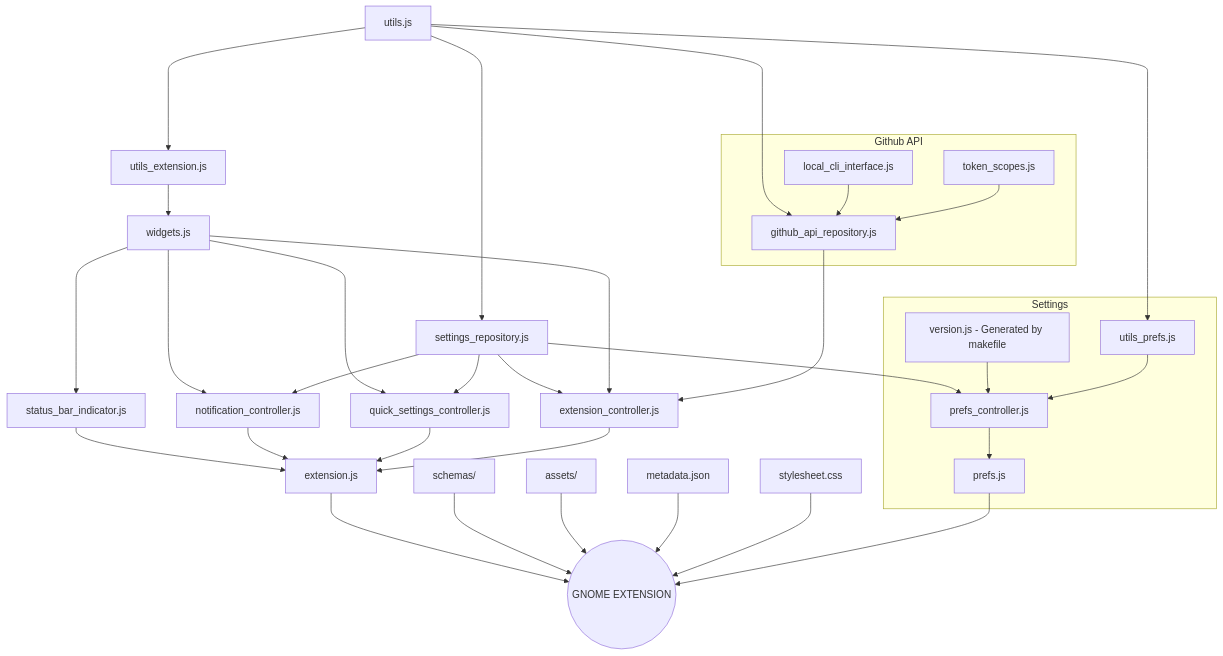
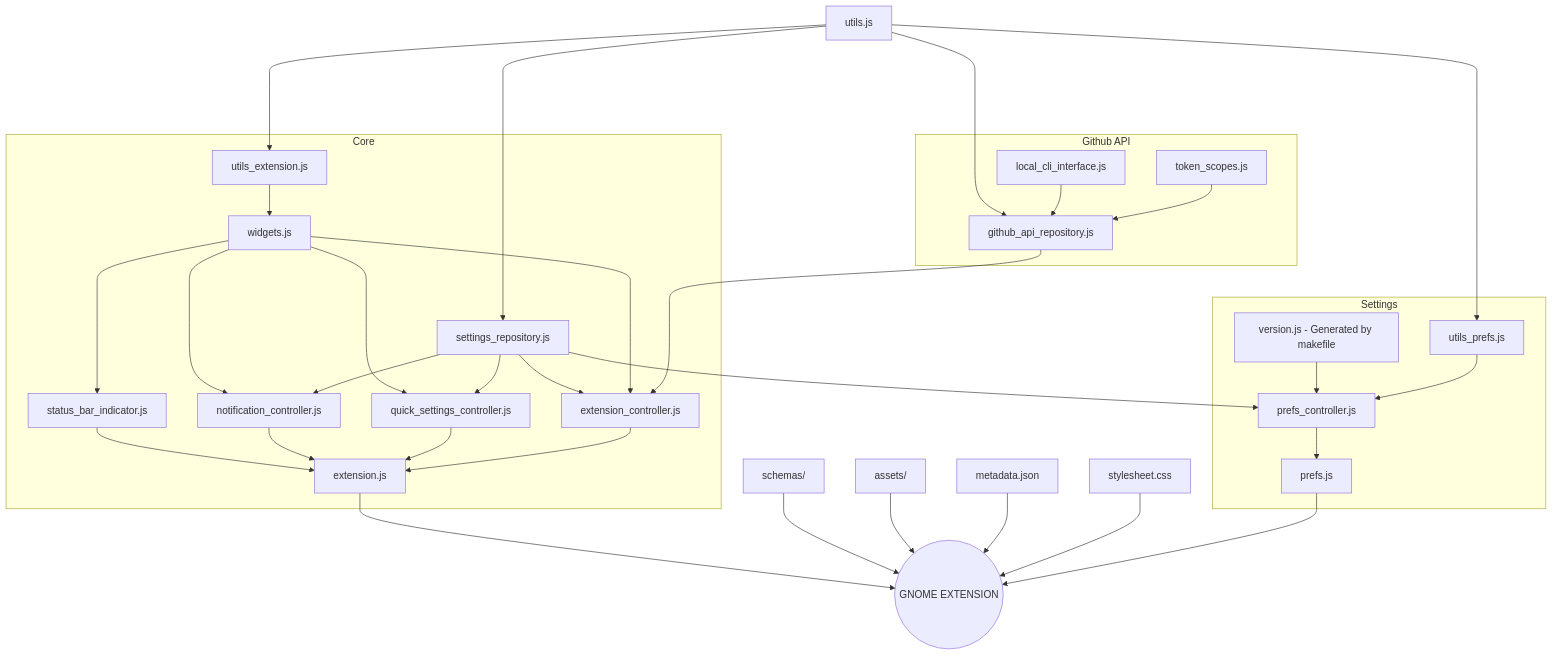
One commit to arononak/github-actions-gnome-extension changed the diagram in README.md. Above: the diagram before and after it, drawn with Mermaid.

````diff
--- a/README.md
+++ b/README.md
@@ -35,46 +35,57 @@
 ```mermaid
 graph TD
     utils.js---->utils_extension.js
     utils.js---->github_api_repository.js
     utils.js---->utils_prefs.js
     utils.js---->settings_repository.js
     utils_extension.js-->widgets.js
     widgets.js--->status_bar_indicator.js
     widgets.js--->quick_settings_controller.js
     widgets.js--->notification_controller.js
     settings_repository.js-->extension_controller.js
     widgets.js-->extension_controller.js
     local_cli_interface.js-->github_api_repository.js
     token_scopes.js-->github_api_repository.js
     github_api_repository.js--->extension_controller.js
     settings_repository.js-->quick_settings_controller.js
     settings_repository.js-->notification_controller.js
     settings_repository.js-->prefs_controller.js
     version.js[version.js - Generated by makefile]-->prefs_controller.js
     utils_prefs.js-->prefs_controller.js
     prefs_controller.js-->prefs.js
     status_bar_indicator.js-->extension.js
     notification_controller.js-->extension.js
     quick_settings_controller.js-->extension.js
     extension_controller.js-->extension.js
     
     extension.js-->EXTENSION((GNOME EXTENSION))
     schemas/-->EXTENSION((GNOME EXTENSION))
     assets/-->EXTENSION((GNOME EXTENSION))
     metadata.json-->EXTENSION((GNOME EXTENSION))
     stylesheet.css-->EXTENSION((GNOME EXTENSION))
     prefs.js-->EXTENSION((GNOME EXTENSION))
 
     subgraph "Settings"
         version.js
         prefs.js
         prefs_controller.js
         utils_prefs.js
     end
 
     subgraph "Github API"
         token_scopes.js
         local_cli_interface.js
         github_api_repository.js
     end
+
+    subgraph "Core"
+        extension.js
+        extension_controller.js
+        quick_settings_controller.js
+        notification_controller.js
+        status_bar_indicator.js
+        settings_repository.js
+        widgets.js
+        utils_extension.js
+    end
 ```
````
